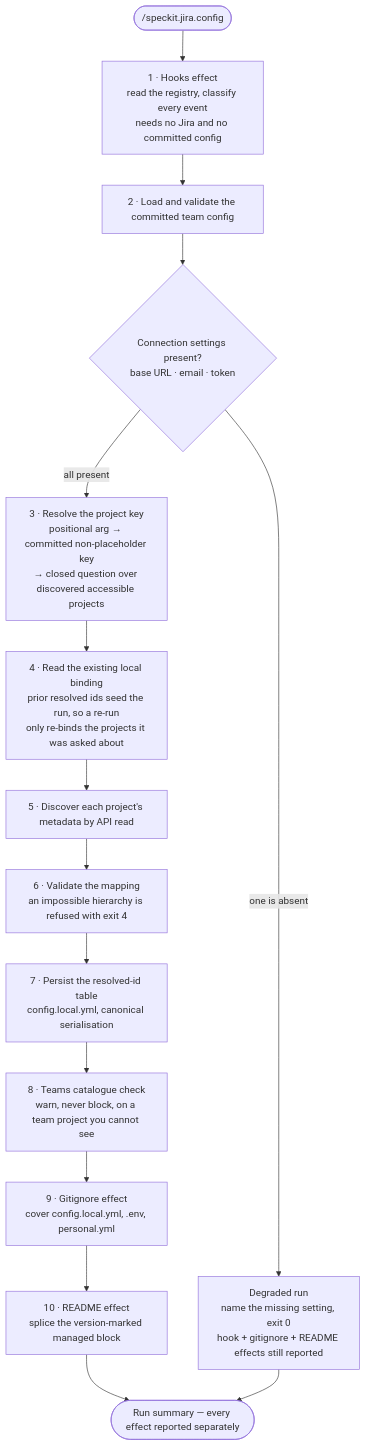
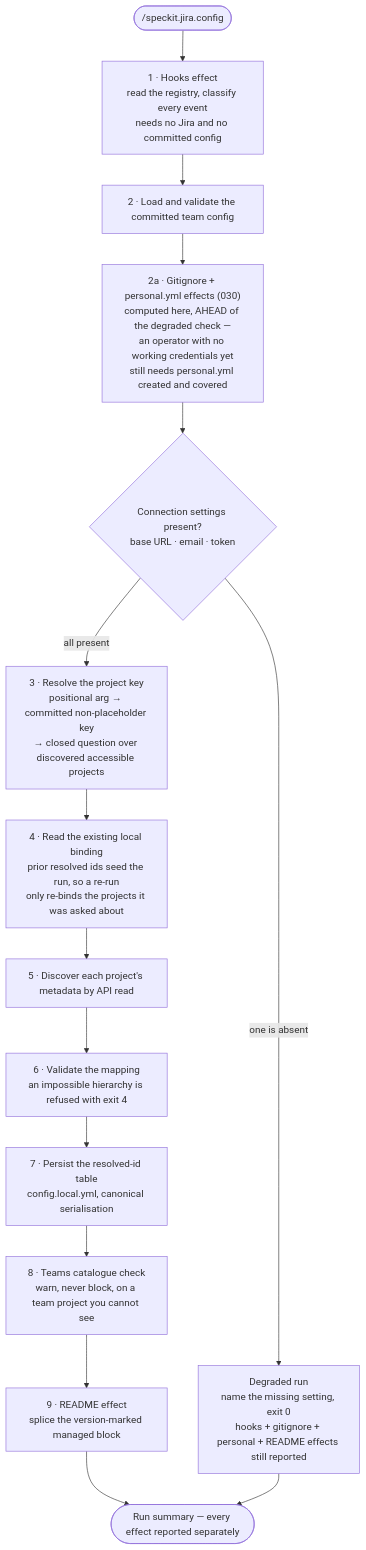
Before and after one commit to Fyloss/spec-kit-jira: the first of 8 diagrams in docs/04-config-ceremony.md, drawn with Mermaid. The commit also changed other lines of this file and 116 other files, not shown here.

````diff
--- a/docs/04-config-ceremony.md
+++ b/docs/04-config-ceremony.md
@@ -9,20 +9,20 @@
 ```mermaid
 flowchart TD
     Start(["/speckit.jira.config"]) --> Hooks["1 · Hooks effect<br/>read the registry, classify every event<br/>needs no Jira and no committed config"]
     Hooks --> Load["2 · Load and validate the committed team config"]
-    Load --> Degraded{"Connection settings present?<br/>base URL · email · token"}
+    Load --> GitignorePersonal["2a · Gitignore + personal.yml effects (030)<br/>computed here, AHEAD of the degraded check —<br/>an operator with no working credentials yet<br/>still needs personal.yml created and covered"]
+    GitignorePersonal --> Degraded{"Connection settings present?<br/>base URL · email · token"}
 
-    Degraded -->|"one is absent"| Report["Degraded run<br/>name the missing setting, exit 0<br/>hook + gitignore + README effects still reported"]
+    Degraded -->|"one is absent"| Report["Degraded run<br/>name the missing setting, exit 0<br/>hooks + gitignore + personal + README effects still reported"]
     Degraded -->|"all present"| Key["3 · Resolve the project key<br/>positional arg → committed non-placeholder key<br/>→ closed question over discovered accessible projects"]
 
     Key --> Seed["4 · Read the existing local binding<br/>prior resolved ids seed the run, so a re-run<br/>only re-binds the projects it was asked about"]
     Seed --> Discover["5 · Discover each project's metadata by API read"]
     Discover --> Validate["6 · Validate the mapping<br/>an impossible hierarchy is refused with exit 4"]
     Validate --> Persist["7 · Persist the resolved-id table<br/>config.local.yml, canonical serialisation"]
 
     Persist --> Teams["8 · Teams catalogue check<br/>warn, never block, on a team project you cannot see"]
-    Teams --> Ignore["9 · Gitignore effect<br/>cover config.local.yml, .env, personal.yml"]
-    Ignore --> Readme["10 · README effect<br/>splice the version-marked managed block"]
+    Teams --> Readme["9 · README effect<br/>splice the version-marked managed block"]
     Readme --> Summary(["Run summary — every effect reported separately"])
     Report --> Summary
 ```
````
